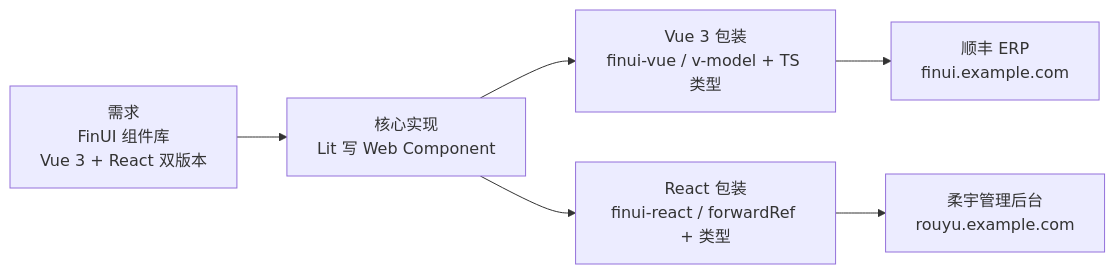
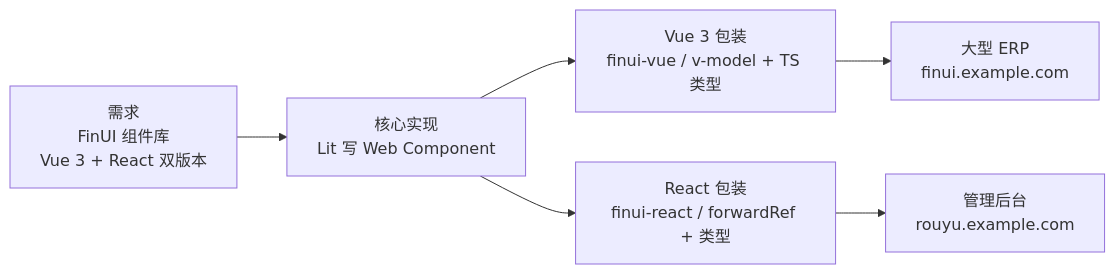
One commit to lovanya/lovanya.github.io changed the second of 2 diagrams in src/content/blog/web-components-cross-framework.mdx. Above: the diagram before and after it, drawn with Mermaid. The commit also changed other lines of this file and 61 other files, not shown here.

Commit message:
style(series): remove resume mentions and personal company references from architect series

````diff
--- a/src/content/blog/web-components-cross-framework.mdx
+++ b/src/content/blog/web-components-cross-framework.mdx
@@ -179,8 +179,8 @@
 ```mermaid
 graph LR
   A[需求<br/>FinUI 组件库<br/>Vue 3 + React 双版本] --> B[核心实现<br/>Lit 写 Web Component]
   B --> C[Vue 3 包装<br/>finui-vue / v-model + TS 类型]
   B --> D[React 包装<br/>finui-react / forwardRef + 类型]
-  C --> E[顺丰 ERP<br/>finui.example.com]
-  D --> F[柔宇管理后台<br/>rouyu.example.com]
+  C --> E[大型 ERP<br/>finui.example.com]
+  D --> F[管理后台<br/>rouyu.example.com]
 ```
````
